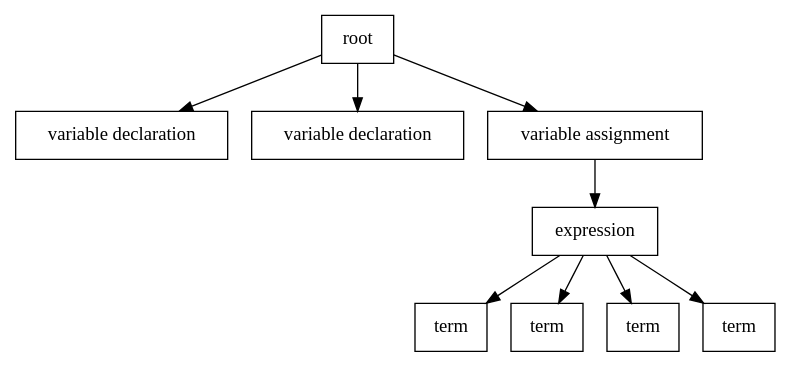
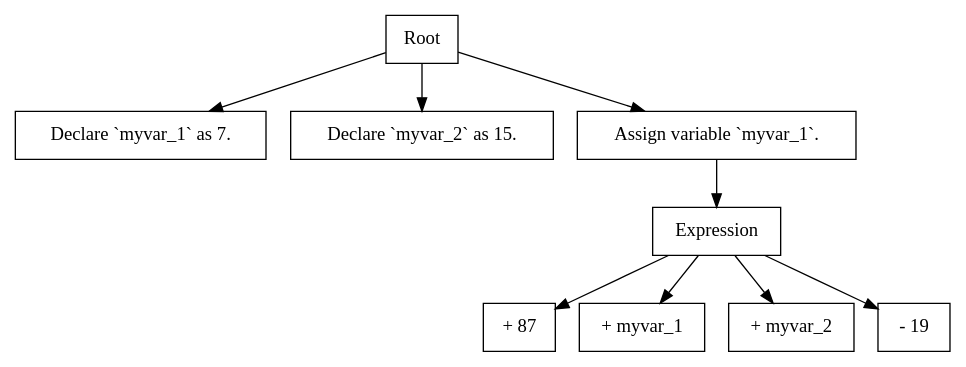
Before and after one commit to featherfeet/oliver-risc: the diagram in toolchain/compiler/build/graph_temp.dot, drawn with Graphviz. The commit also changed 4 other files, not shown here.

Commit message:
Made Graphviz AST visualization more detailed.

```diff
--- a/toolchain/compiler/build/graph_temp.dot
+++ b/toolchain/compiler/build/graph_temp.dot
@@ -1,19 +1,19 @@
 digraph ast {
-    "0_0" [label="root", shape=box];
-    "1_0" [label="variable declaration", shape=box];
+    "0_0" [label="Root", shape=box];
+    "1_0" [label="Declare `myvar_1` as 7.", shape=box];
     "0_0" -> "1_0"
-    "1_1" [label="variable declaration", shape=box];
+    "1_1" [label="Declare `myvar_2` as 15.", shape=box];
     "0_0" -> "1_1"
-    "1_2" [label="variable assignment", shape=box];
-    "2_0" [label="expression", shape=box];
-    "3_0" [label="term", shape=box];
+    "1_2" [label="Assign variable `myvar_1`.", shape=box];
+    "2_0" [label="Expression", shape=box];
+    "3_0" [label="+ 87", shape=box];
     "2_0" -> "3_0"
-    "3_1" [label="term", shape=box];
+    "3_1" [label="+ myvar_1", shape=box];
     "2_0" -> "3_1"
-    "3_2" [label="term", shape=box];
+    "3_2" [label="+ myvar_2", shape=box];
     "2_0" -> "3_2"
-    "3_3" [label="term", shape=box];
+    "3_3" [label="- 19", shape=box];
     "2_0" -> "3_3"
     "1_2" -> "2_0";
     "0_0" -> "1_2"
 }
```
